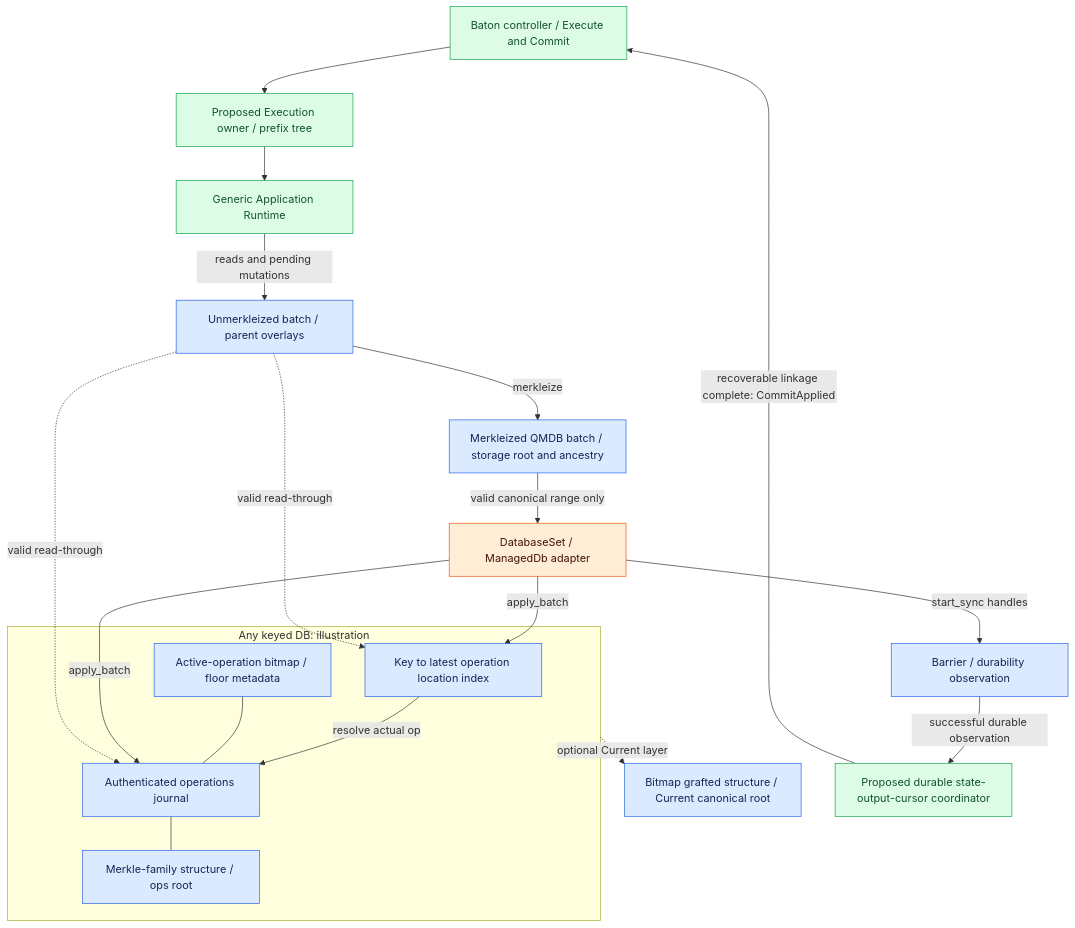
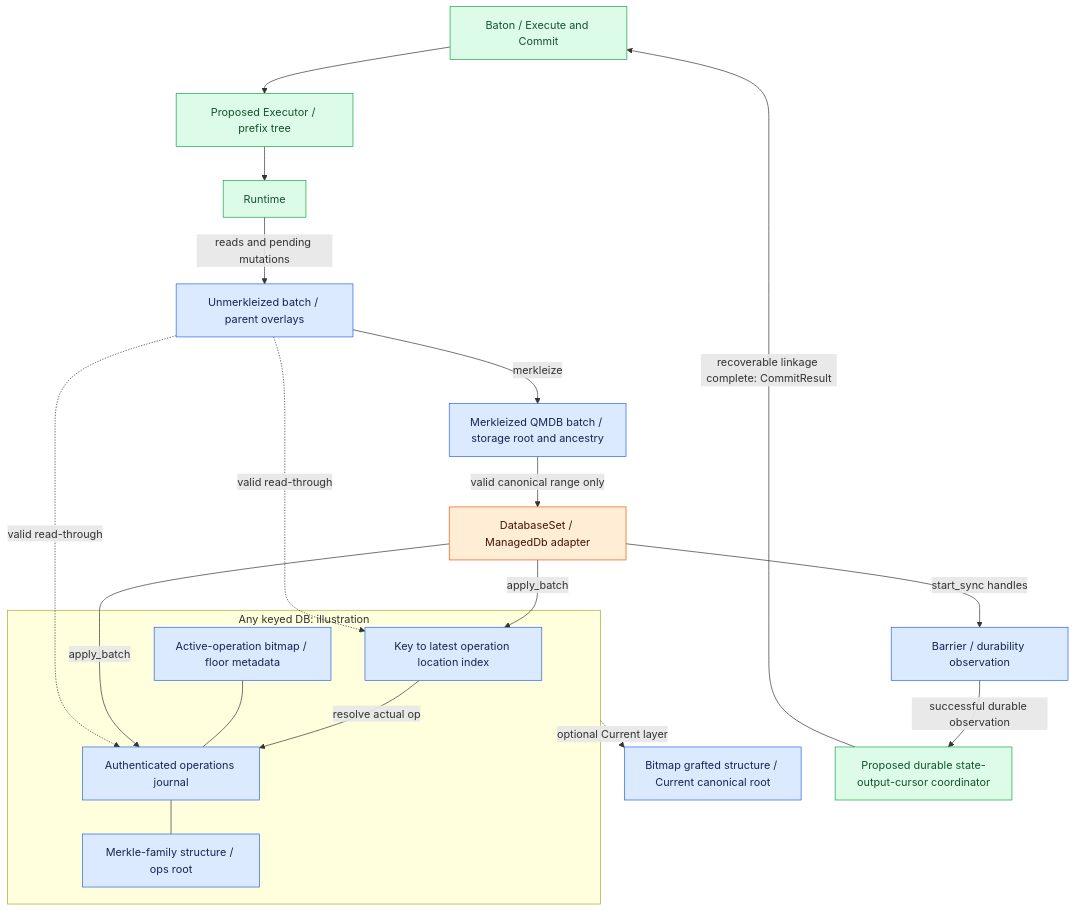
Before and after one commit to djm07073/baton-research: diagram 17 of 18 in IMPLEMENTATION_SPEC.md, drawn with Mermaid. The commit also changed other lines of this file and 51 other files, not shown here.

````diff
--- a/IMPLEMENTATION_SPEC.md
+++ b/IMPLEMENTATION_SPEC.md
@@ -1084,31 +1351,31 @@
 ```mermaid
 flowchart TB
-    B[Baton controller / Execute and Commit] --> O[Proposed Execution owner / prefix tree]
-    O --> R[Generic Application Runtime]
+    B[Baton / Execute and Commit] --> O[Proposed Executor / prefix tree]
+    O --> R[Runtime]
     R -->|reads and pending mutations| U[Unmerkleized batch / parent overlays]
     U -->|merkleize| K[Merkleized QMDB batch / storage root and ancestry]
     K -->|valid canonical range only| D[DatabaseSet / ManagedDb adapter]
     subgraph Q[Any keyed DB: illustration]
         I[Key to latest operation location index]
         L[Authenticated operations journal]
         M[Merkle-family structure / ops root]
         A[Active-operation bitmap / floor metadata]
         I -->|resolve actual op| L
         L --- M
         A --- L
     end
     D -->|apply_batch| I
     D -->|apply_batch| L
     U -. valid read-through .-> I
     U -. valid read-through .-> L
     Q -. optional Current layer .-> C[Bitmap grafted structure / Current canonical root]
     D -->|start_sync handles| F[Barrier / durability observation]
     F -->|successful durable observation| J[Proposed durable state-output-cursor coordinator]
-    J -->|recoverable linkage complete: CommitApplied| B
+    J -->|recoverable linkage complete: CommitResult| B
     classDef reuse fill:#dbeafe,stroke:#2563eb,color:#172554;
     classDef adapt fill:#ffedd5,stroke:#ea580c,color:#431407;
     classDef fresh fill:#dcfce7,stroke:#16a34a,color:#14532d;
     class U,K,I,L,M,A,C,F reuse;
     class D adapt;
     class B,O,R,J fresh;
 ```
````
